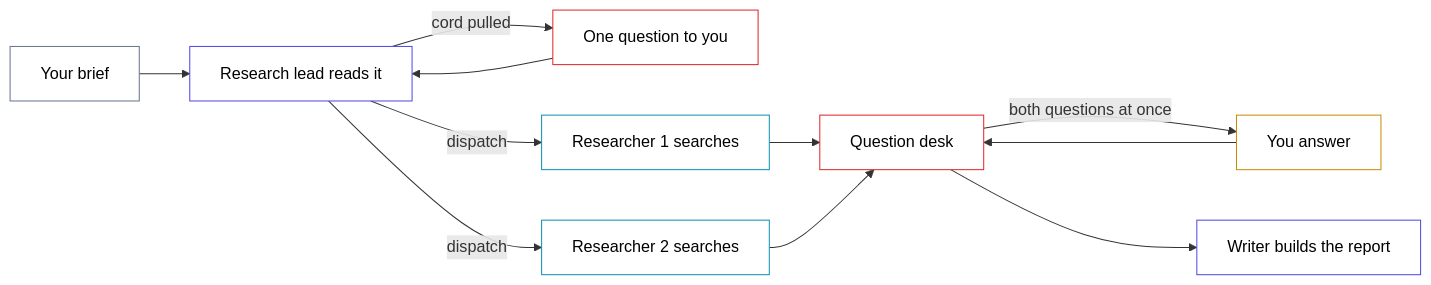
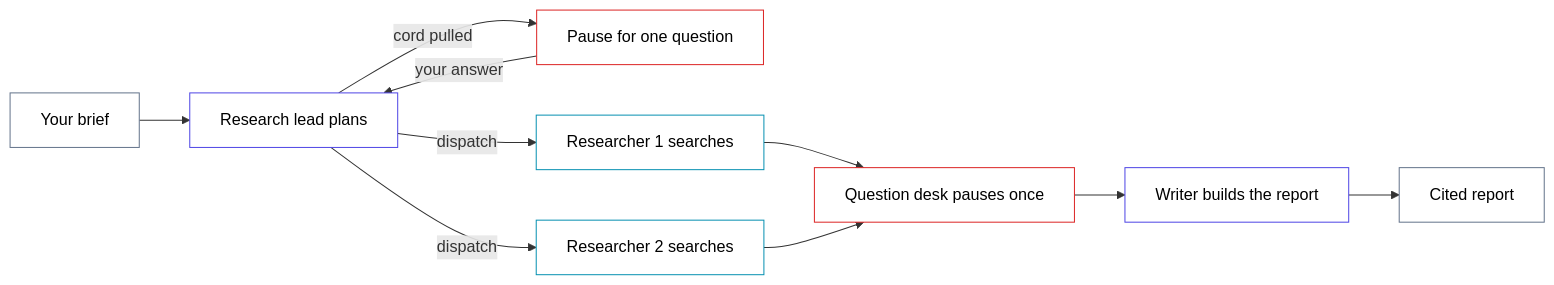
One commit to Deepakdj007/daily-ai-mini-projects changed the diagram in andon-cord/andon-cord-diagram-prompt.md. Above: the diagram before and after it, drawn with Mermaid. The commit also changed other lines of this file, not shown here.

First line of the commit message:
docs: redraw the architecture diagram so the desk-to-writer edge reads

````diff
--- a/andon-cord/andon-cord-diagram-prompt.md
+++ b/andon-cord/andon-cord-diagram-prompt.md
@@ -5,22 +5,21 @@
 ```mermaid
 flowchart LR
-    Brief[Your brief] --> Lead[Research lead reads it]
-    Lead -->|cord pulled| AskLead[One question to you]
-    AskLead --> Lead
+    Brief[Your brief] --> Lead[Research lead plans]
+    Lead -->|cord pulled| AskLead[Pause for one question]
+    AskLead -->|your answer| Lead
     Lead -->|dispatch| R1[Researcher 1 searches]
     Lead -->|dispatch| R2[Researcher 2 searches]
-    R1 --> Desk[Question desk]
+    R1 --> Desk[Question desk pauses once]
     R2 --> Desk
-    Desk -->|both questions at once| You[You answer]
-    You --> Desk
     Desk --> Writer[Writer builds the report]
+    Writer --> Report[Cited report]
 
     style Brief fill:#ffffff,stroke:#64748b,color:#000000
     style Lead fill:#ffffff,stroke:#4f46e5,color:#000000
     style AskLead fill:#ffffff,stroke:#dc2626,color:#000000
     style R1 fill:#ffffff,stroke:#0891b2,color:#000000
     style R2 fill:#ffffff,stroke:#0891b2,color:#000000
     style Desk fill:#ffffff,stroke:#dc2626,color:#000000
-    style You fill:#ffffff,stroke:#ca8a04,color:#000000
     style Writer fill:#ffffff,stroke:#4f46e5,color:#000000
+    style Report fill:#ffffff,stroke:#64748b,color:#000000
 ```
````
